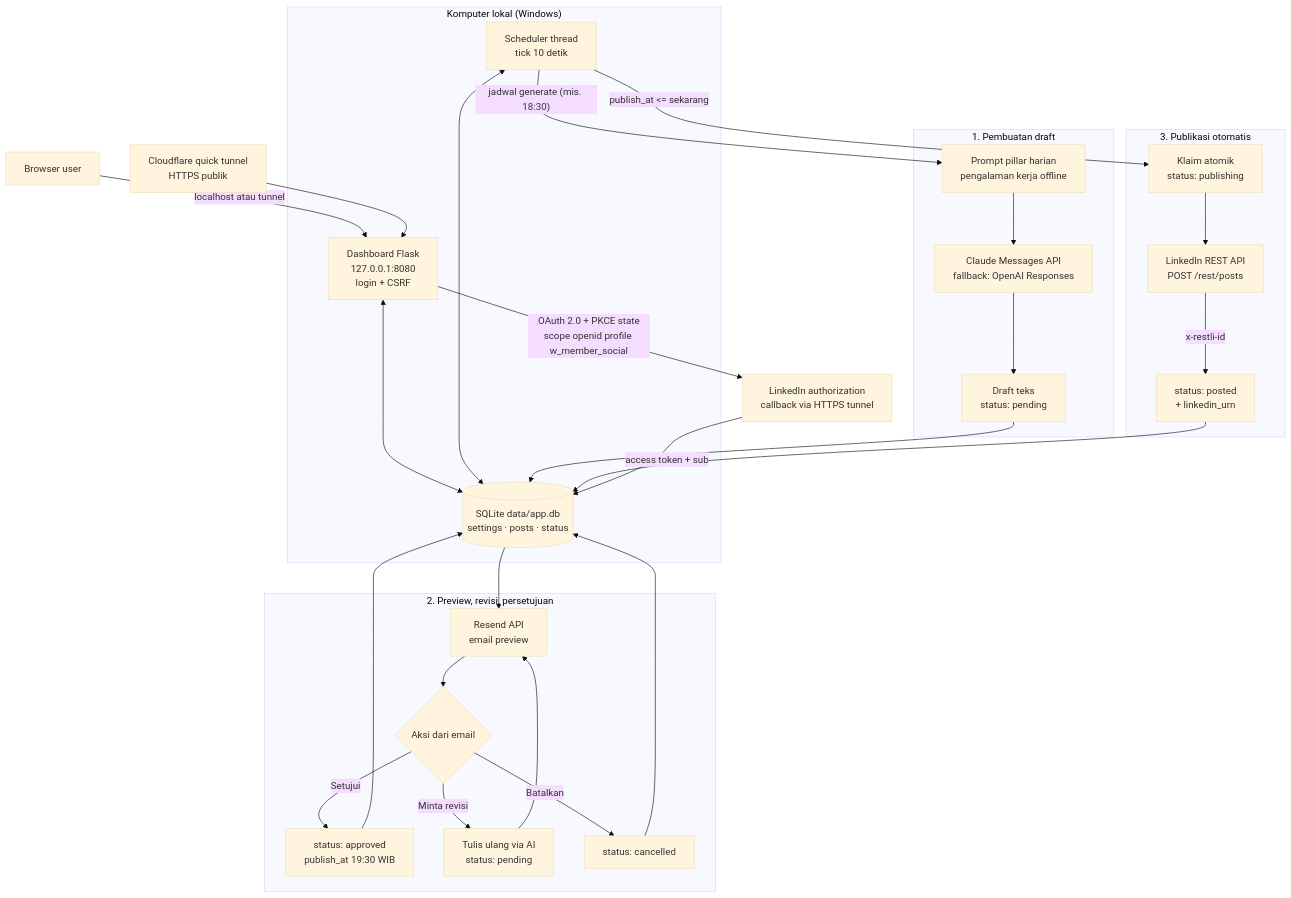
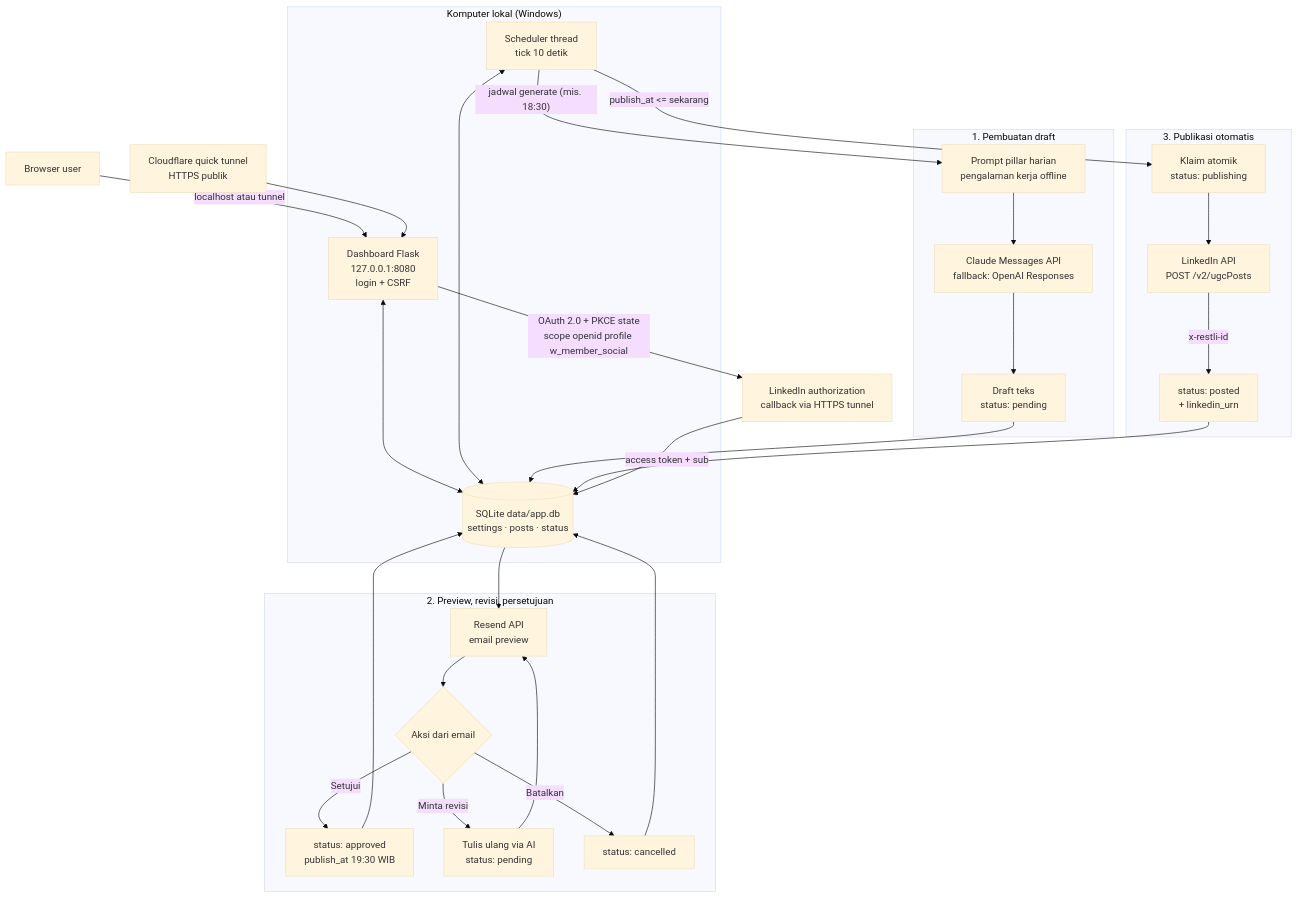
One commit to italiani1119-luck/Linkedin-optimasion changed the first of 2 diagrams in docs/diagrams/local-app-architecture.md. Above: the diagram before and after it, drawn with Mermaid (base theme). The commit also changed other lines of this file and 6 other files, not shown here.

First line of the commit message:
Publish long posts in full via ugcPosts

````diff
--- a/docs/diagrams/local-app-architecture.md
+++ b/docs/diagrams/local-app-architecture.md
@@ -6,41 +6,41 @@
 ```mermaid
 flowchart TD
   subgraph LOCAL["Komputer lokal (Windows)"]
     UI["Dashboard Flask<br/>127.0.0.1:8080<br/>login + CSRF"]
     SCH["Scheduler thread<br/>tick 10 detik"]
     DB[("SQLite data/app.db<br/>settings · posts · status")]
   end
 
   BROWSER["Browser user"] -->|"localhost atau tunnel"| UI
   CF["Cloudflare quick tunnel<br/>HTTPS publik"] --> UI
   UI <--> DB
   SCH <--> DB
 
   subgraph GEN["1. Pembuatan draft"]
     SCH -->|"jadwal generate (mis. 18:30)"| PROMPT["Prompt pillar harian<br/>pengalaman kerja offline"]
     PROMPT --> AI["Claude Messages API<br/>fallback: OpenAI Responses"]
     AI --> DRAFT["Draft teks<br/>status: pending"]
   end
   DRAFT --> DB
 
   subgraph REVIEW["2. Preview, revisi, persetujuan"]
     DB --> MAIL["Resend API<br/>email preview"]
     MAIL --> ACT{"Aksi dari email"}
     ACT -->|Setujui| APPR["status: approved<br/>publish_at 19:30 WIB"]
     ACT -->|Minta revisi| REV["Tulis ulang via AI<br/>status: pending"]
     ACT -->|Batalkan| CANC["status: cancelled"]
     REV --> MAIL
   end
   APPR --> DB
   CANC --> DB
 
   subgraph PUB["3. Publikasi otomatis"]
     SCH -->|"publish_at <= sekarang"| CLAIM["Klaim atomik<br/>status: publishing"]
-    CLAIM --> LI["LinkedIn REST API<br/>POST /rest/posts"]
+    CLAIM --> LI["LinkedIn API<br/>POST /v2/ugcPosts"]
     LI -->|"x-restli-id"| POSTED["status: posted<br/>+ linkedin_urn"]
   end
   POSTED --> DB
 
   UI -->|"OAuth 2.0 + PKCE state<br/>scope openid profile w_member_social"| OAUTH["LinkedIn authorization<br/>callback via HTTPS tunnel"]
   OAUTH -->|"access token + sub"| DB
 ```
````
